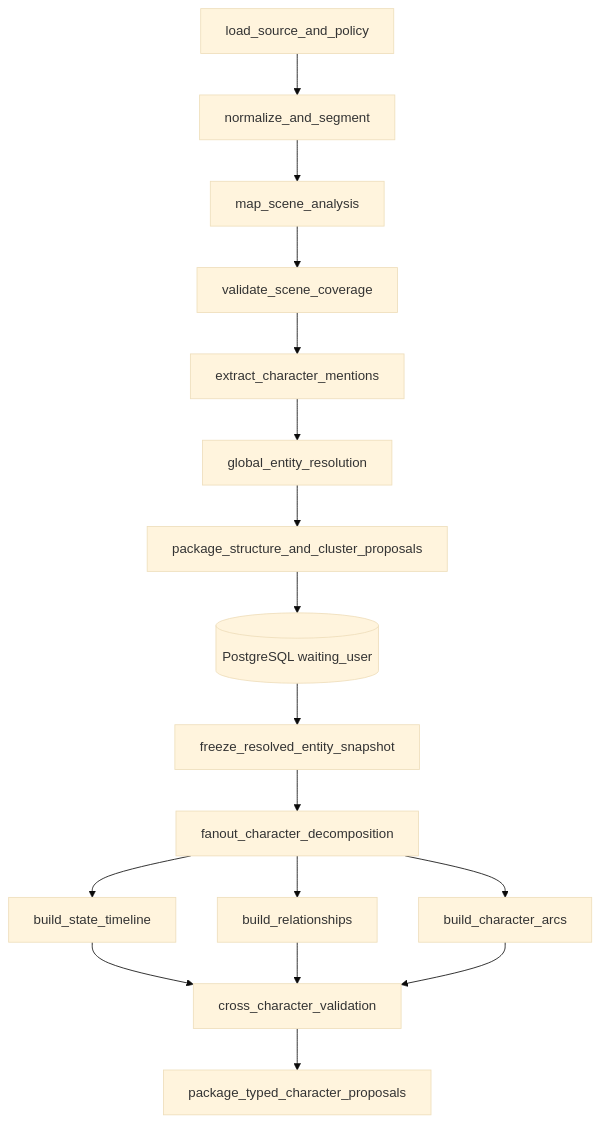
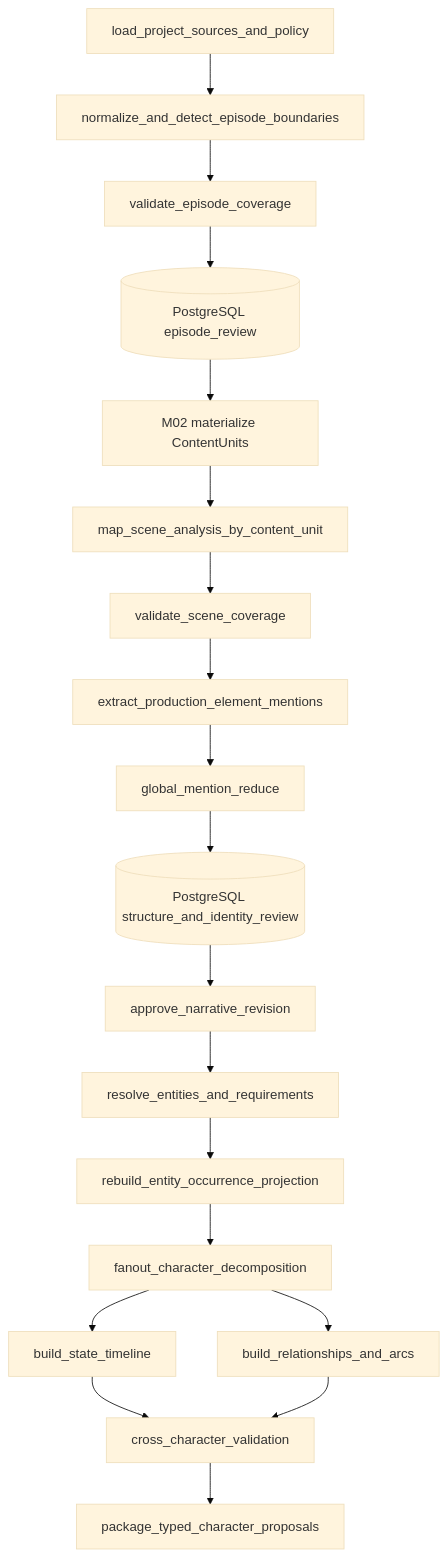
The diagram in docs/design/004-AI视频生产平台剧本基础分析与人物拆解详细设计.md (StephenQiu30/lanverse), drawn with Mermaid (base theme) before and after one commit. The commit also changed other lines of this file and 107 other files, not shown here.

````diff
--- a/docs/design/004-AI视频生产平台剧本基础分析与人物拆解详细设计.md
+++ b/docs/design/004-AI视频生产平台剧本基础分析与人物拆解详细设计.md
@@ -391,19 +460,21 @@
 ```mermaid
 flowchart TD
-    A[load_source_and_policy] --> B[normalize_and_segment]
-    B --> C[map_scene_analysis]
-    C --> D[validate_scene_coverage]
-    D --> E[extract_character_mentions]
-    E --> F[global_entity_resolution]
-    F --> G[package_structure_and_cluster_proposals]
-    G --> H[(PostgreSQL waiting_user)]
-    H --> I[freeze_resolved_entity_snapshot]
-    I --> J[fanout_character_decomposition]
-    J --> K[build_state_timeline]
-    J --> L[build_relationships]
-    J --> M[build_character_arcs]
-    K --> N[cross_character_validation]
-    L --> N
-    M --> N
-    N --> O[package_typed_character_proposals]
+    A[load_project_sources_and_policy] --> B[normalize_and_detect_episode_boundaries]
+    B --> C[validate_episode_coverage]
+    C --> D[(PostgreSQL episode_review)]
+    D --> E[M02 materialize ContentUnits]
+    E --> F[map_scene_analysis_by_content_unit]
+    F --> G[validate_scene_coverage]
+    G --> H[extract_production_element_mentions]
+    H --> I[global_mention_reduce]
+    I --> J[(PostgreSQL structure_and_identity_review)]
+    J --> K[approve_narrative_revision]
+    K --> L[resolve_entities_and_requirements]
+    L --> M[rebuild_entity_occurrence_projection]
+    M --> N[fanout_character_decomposition]
+    N --> O[build_state_timeline]
+    N --> P[build_relationships_and_arcs]
+    O --> Q[cross_character_validation]
+    P --> Q
+    Q --> R[package_typed_character_proposals]
 ```
````
